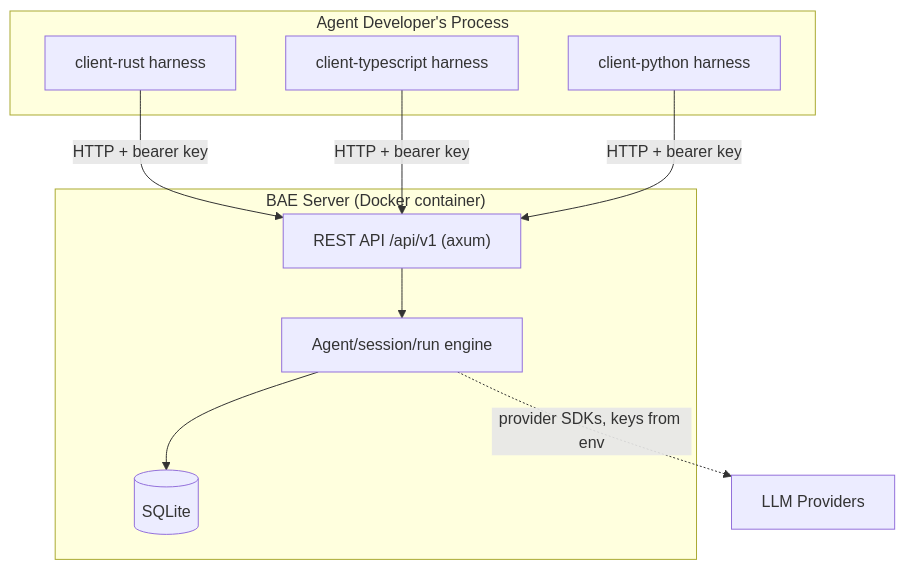
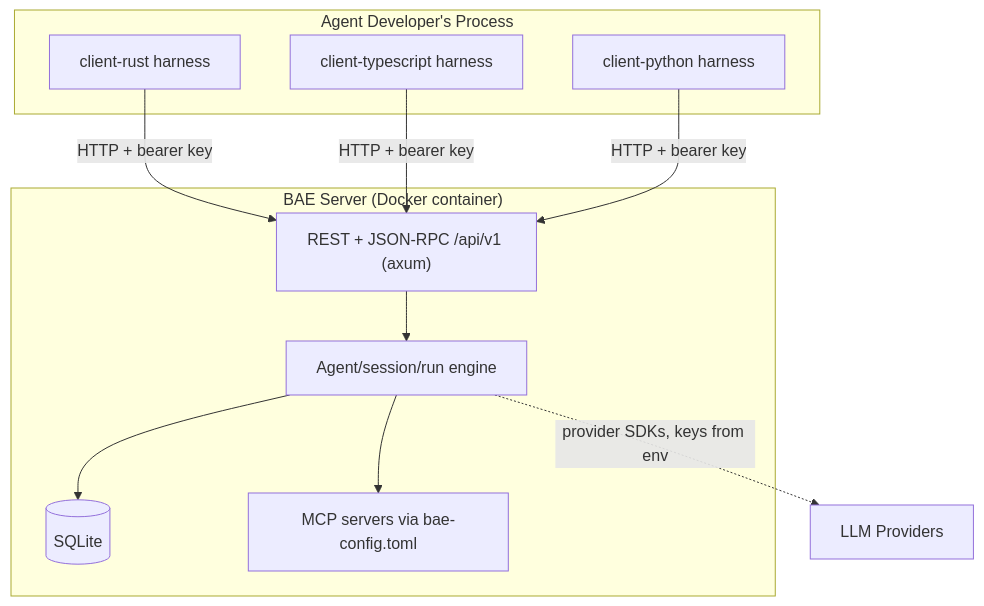
The diagram in aspec/architecture/design.md (prettysmartdev/better-agent-engine), drawn with Mermaid before and after one commit. The commit also changed other lines of this file and 75 other files, not shown here.

````diff
--- a/aspec/architecture/design.md
+++ b/aspec/architecture/design.md
@@ -26,20 +27,22 @@
 ```mermaid
 graph TD
     subgraph "Agent Developer's Process"
         RC[client-rust harness]
         TC[client-typescript harness]
         PC[client-python harness]
     end
 
     subgraph "BAE Server (Docker container)"
-        API["REST API /api/v1 (axum)"]
+        API["REST + JSON-RPC /api/v1 (axum)"]
         ENG[Agent/session/run engine]
         DB[(SQLite)]
+        MCP[MCP servers via bae-config.toml]
         API --> ENG --> DB
+        ENG --> MCP
     end
 
     RC -->|HTTP + bearer key| API
     TC -->|HTTP + bearer key| API
     PC -->|HTTP + bearer key| API
     ENG -.->|provider SDKs, keys from env| LLM[LLM Providers]
 ```
````
